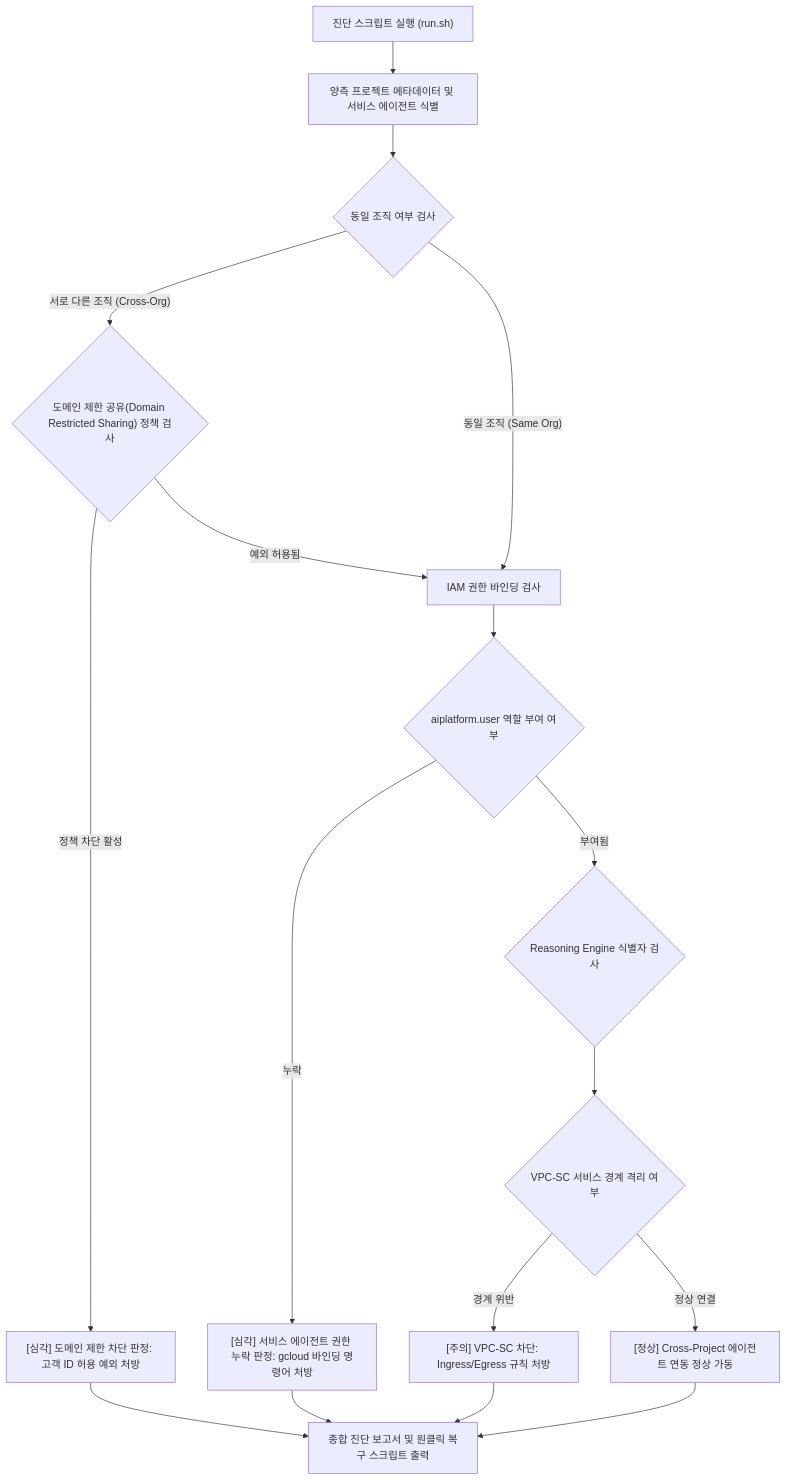
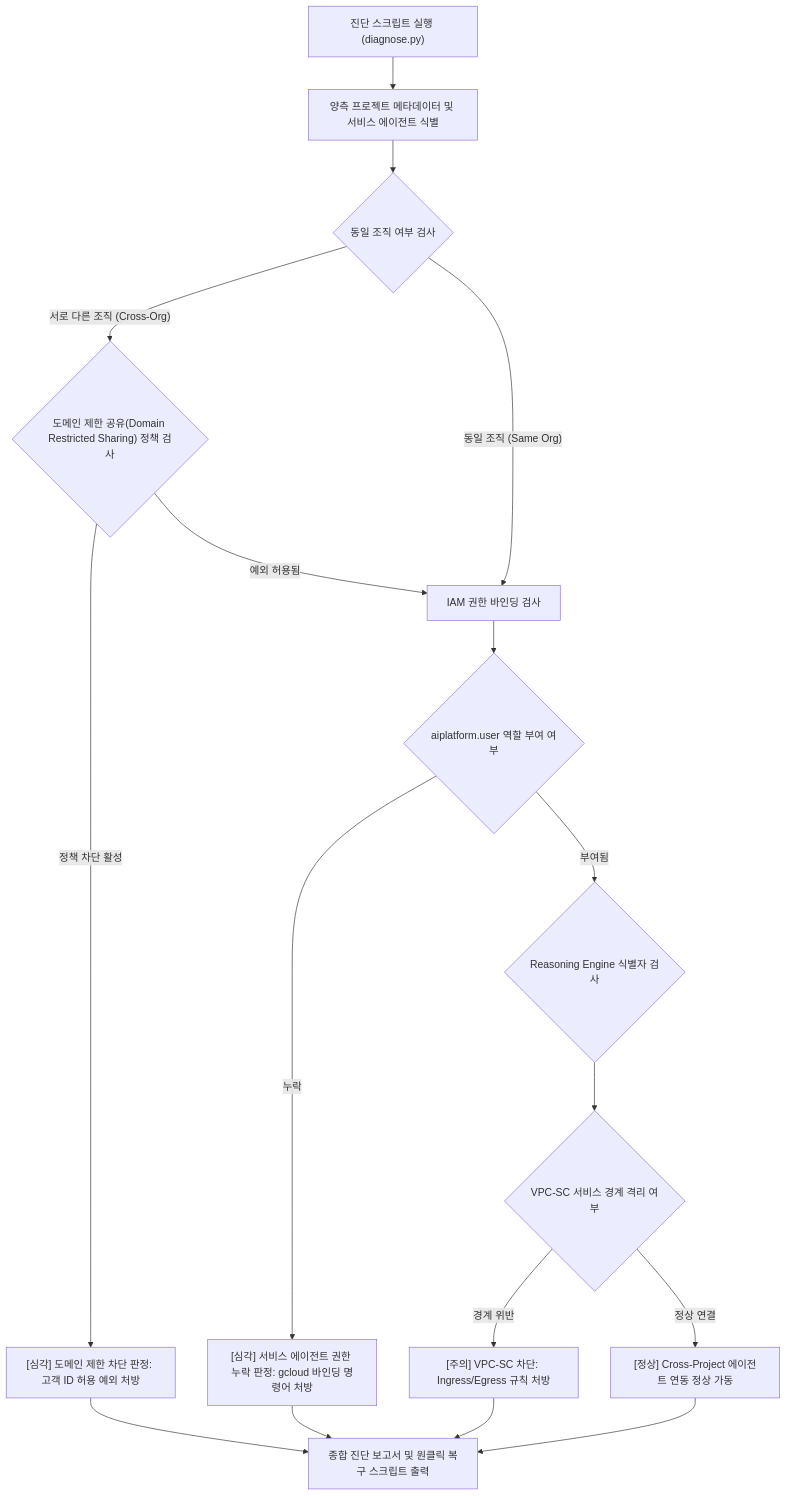
One commit to jiangjun-forge/google-cloud-0-to-1 changed the diagram in samples/gemini-enterprise-cross-org-agent-resolver/README.md. Above: the diagram before and after it, drawn with Mermaid. The commit also changed other lines of this file and 180 other files, not shown here.

````diff
--- a/samples/gemini-enterprise-cross-org-agent-resolver/README.md
+++ b/samples/gemini-enterprise-cross-org-agent-resolver/README.md
@@ -37,23 +37,23 @@
 ```mermaid
 flowchart TD
-    Start["진단 스크립트 실행 (run.sh)"] --> FetchMetadata["양측 프로젝트 메타데이터 및 서비스 에이전트 식별"]
+    Start["진단 스크립트 실행 (diagnose.py)"] --> FetchMetadata["양측 프로젝트 메타데이터 및 서비스 에이전트 식별"]
     FetchMetadata --> CheckOrg{"동일 조직 여부 검사"}
     
     CheckOrg -->|"서로 다른 조직 (Cross-Org)"| CheckDomainPolicy{"도메인 제한 공유(Domain Restricted Sharing) 정책 검사"}
     CheckDomainPolicy -->|"정책 차단 활성"| CriticalOrgPolicy["[심각] 도메인 제한 차단 판정: 고객 ID 허용 예외 처방"]
     CheckDomainPolicy -->|"예외 허용됨"| CheckIAM["IAM 권한 바인딩 검사"]
     CheckOrg -->|"동일 조직 (Same Org)"| CheckIAM
     
     CheckIAM --> CheckAgentUser{"aiplatform.user 역할 부여 여부"}
     CheckAgentUser -->|"누락"| CriticalIAM["[심각] 서비스 에이전트 권한 누락 판정: gcloud 바인딩 명령어 처방"]
     CheckAgentUser -->|"부여됨"| CheckEngineID{"Reasoning Engine 식별자 검사"}
     
     CheckEngineID --> CheckVPCSC{"VPC-SC 서비스 경계 격리 여부"}
     CheckVPCSC -->|"경계 위반"| WarnVPCSC["[주의] VPC-SC 차단: Ingress/Egress 규칙 처방"]
     CheckVPCSC -->|"정상 연결"| HealthyPass["[정상] Cross-Project 에이전트 연동 정상 가동"]
     
     CriticalOrgPolicy --> GenerateReport["종합 진단 보고서 및 원클릭 복구 스크립트 출력"]
     CriticalIAM --> GenerateReport
     WarnVPCSC --> GenerateReport
     HealthyPass --> GenerateReport
 ```
````
